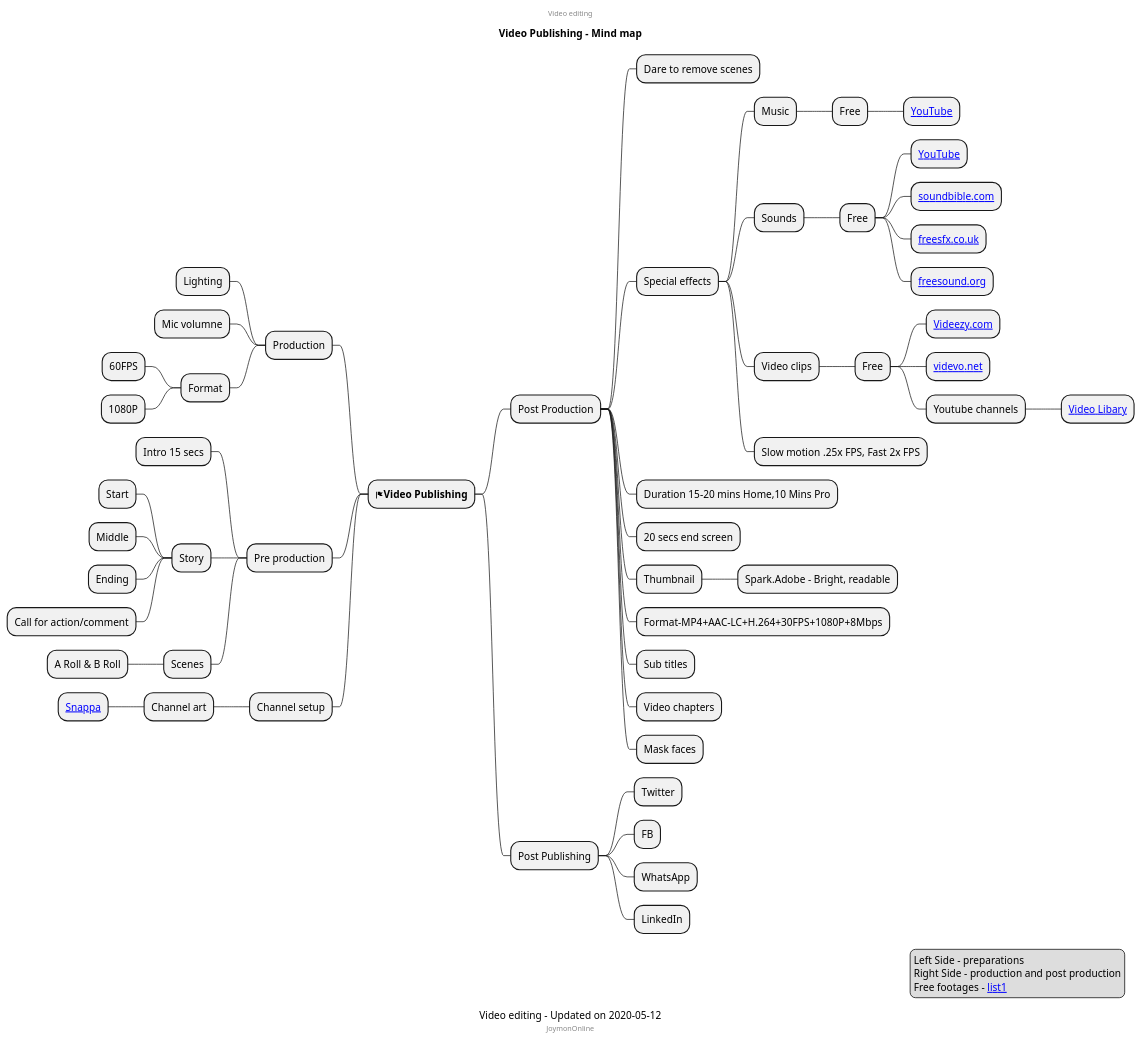
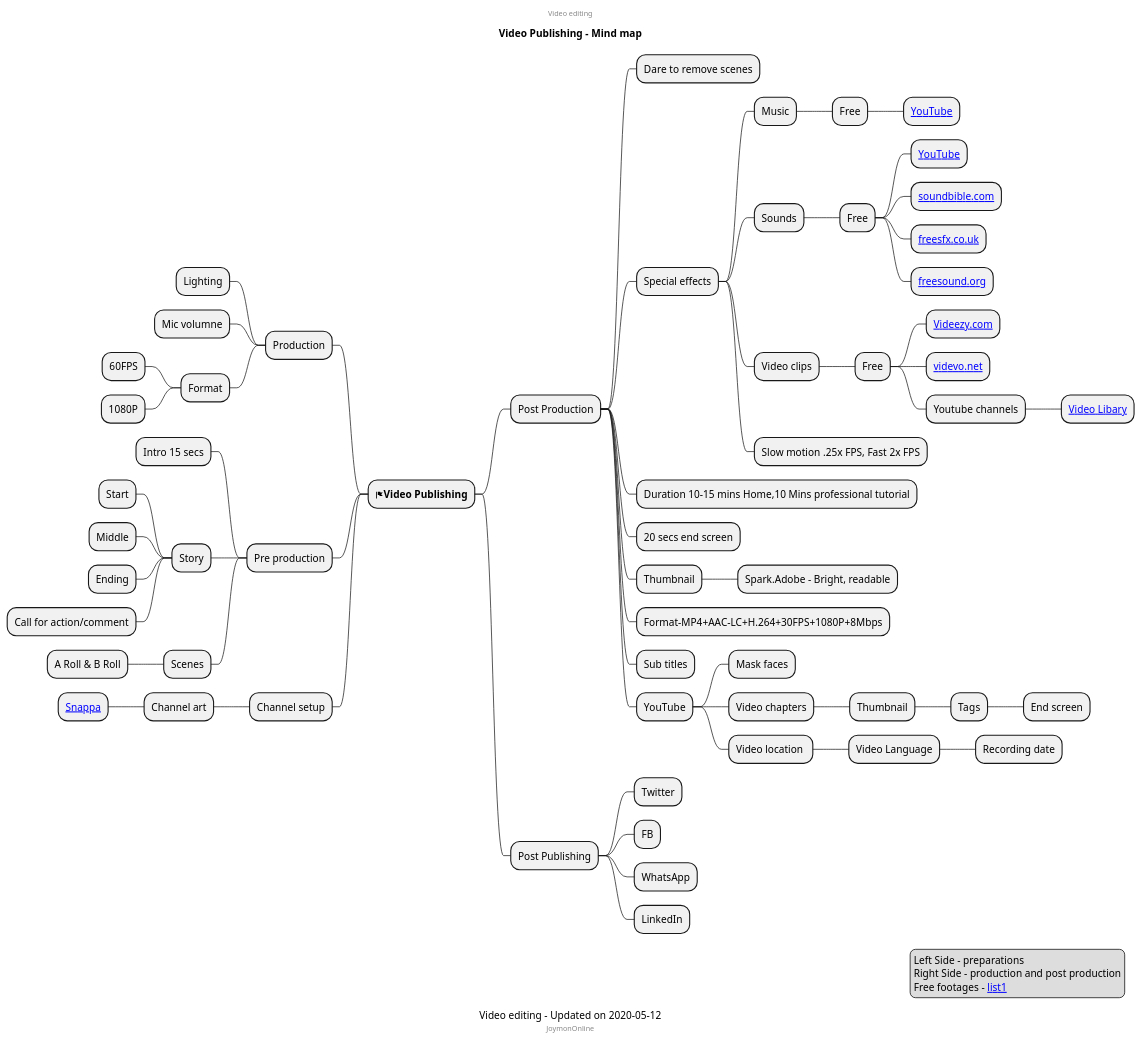
One commit to mind-maps/technology changed the diagram in media/video/publishing.puml. Above: the diagram before and after it, drawn with PlantUML.

```diff
--- a/media/video/publishing.puml
+++ b/media/video/publishing.puml
@@ -1,70 +1,78 @@
 @startmindmap
 caption Video editing - Updated on 2020-05-12
 title Video Publishing - Mind map
 center header
 Video editing
 endheader
 
 * <&flag><b>Video Publishing</b>
 
 ** Post Production
 *** Dare to remove scenes
 *** Special effects
 **** Music
 ***** Free
 ****** [[https://www.youtube.com/audiolibrary/music?nv=1 YouTube]]
 **** Sounds
 ***** Free
 ****** [[https://www.youtube.com/audiolibrary/soundeffects?nv=1 YouTube]]
 ****** [[https://soundbible.com/ soundbible.com]]
 ****** [[https://freesfx.co.uk/ freesfx.co.uk]]
 ****** [[https://freesound.org/ freesound.org]]
 **** Video clips
 ***** Free
 ****** [[https://www.videezy.com/ Videezy.com]]
 ****** [[https://www.videvo.net/ videvo.net]]
 ****** Youtube channels
 ******* [[https://www.youtube.com/channel/UC8ScFr0TdBPz9bLElei6-VA/videos Video Libary]]
 **** Slow motion .25x FPS, Fast 2x FPS
-*** Duration 15-20 mins Home,10 Mins Pro
+*** Duration 10-15 mins Home,10 Mins professional tutorial
 *** 20 secs end screen
 *** Thumbnail
 **** Spark.Adobe - Bright, readable
 *** Format-MP4+AAC-LC+H.264+30FPS+1080P+8Mbps
 *** Sub titles
-*** Video chapters
-*** Mask faces
+*** YouTube
+**** Mask faces
+**** Video chapters
+***** Thumbnail
+****** Tags
+******* End screen
+
+**** Video location 
+***** Video Language
+****** Recording date
 
 ** Post Publishing
 *** Twitter
 *** FB
 *** WhatsApp
 *** LinkedIn
 
 left side
 ** Production
 *** Lighting
 *** Mic volumne
 *** Format
 **** 60FPS
 **** 1080P
 ** Pre production
 *** Intro 15 secs
 *** Story
 **** Start
 **** Middle
 **** Ending
 ****  Call for action/comment
 *** Scenes
 **** A Roll & B Roll
 ** Channel setup
 *** Channel art
 **** [[https://snappa.com/ Snappa]]
 center footer JoymonOnline
 
 legend right
   Left Side - preparations
   Right Side - production and post production
   Free footages - [[https://www.oberlo.com/blog/free-stock-video-websites list1]]
 endlegend
 @endmindmap
```
